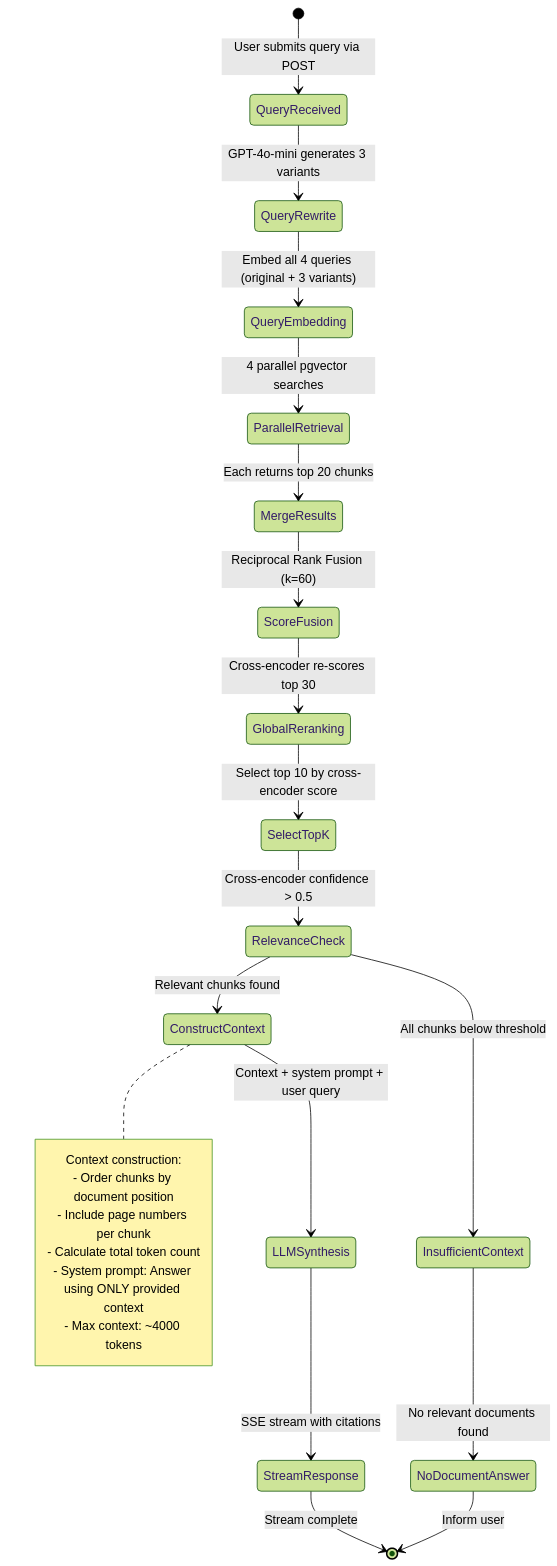
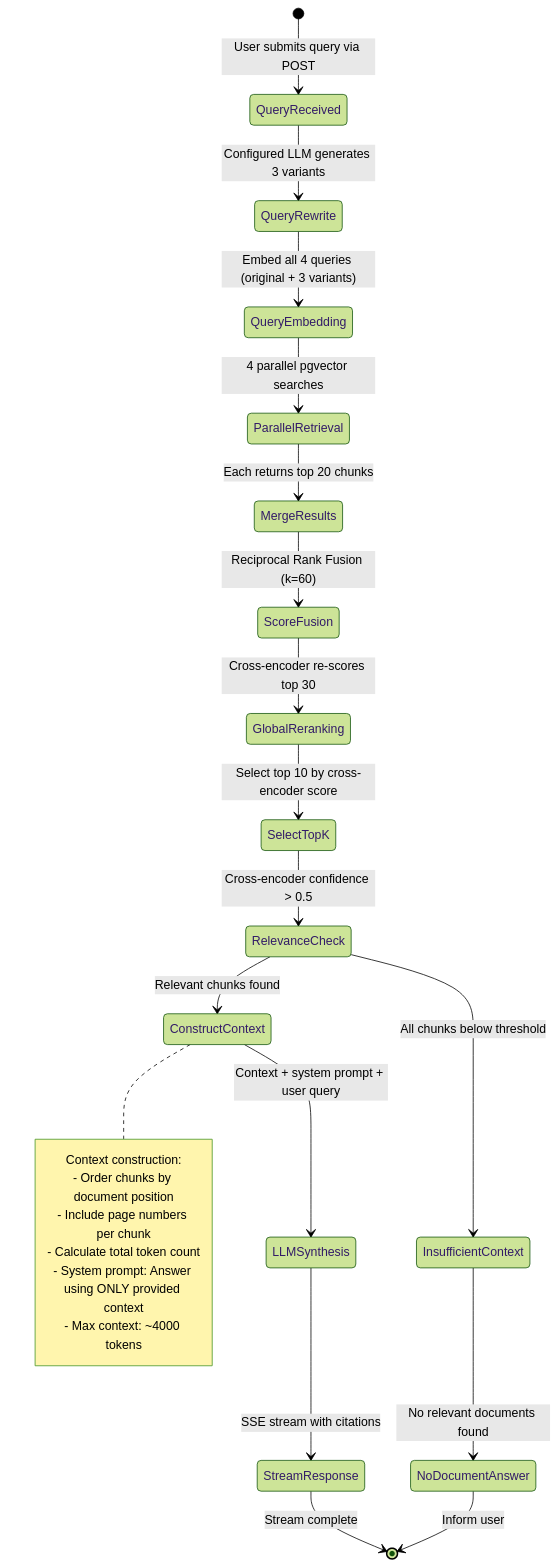
One commit to SudarshanKomar/foliun changed the fourth of 4 diagrams in docs/architecture/system-overview.md. Above: the diagram before and after it, drawn with Mermaid (forest theme). The commit also changed other lines of this file and 35 other files, not shown here.

````diff
--- a/docs/architecture/system-overview.md
+++ b/docs/architecture/system-overview.md
@@ -262,33 +261,33 @@
 ```mermaid
 stateDiagram-v2
     [*] --> QueryReceived: User submits query via POST
-    QueryReceived --> QueryRewrite: GPT-4o-mini generates 3 variants
+    QueryReceived --> QueryRewrite: Configured LLM generates 3 variants
     QueryRewrite --> QueryEmbedding: Embed all 4 queries (original + 3 variants)
     
     QueryEmbedding --> ParallelRetrieval: 4 parallel pgvector searches
     
     ParallelRetrieval --> MergeResults: Each returns top 20 chunks
     MergeResults --> ScoreFusion: Reciprocal Rank Fusion (k=60)
     ScoreFusion --> GlobalReranking: Cross-encoder re-scores top 30
     GlobalReranking --> SelectTopK: Select top 10 by cross-encoder score
     SelectTopK --> RelevanceCheck: Cross-encoder confidence > 0.5
     
     RelevanceCheck --> InsufficientContext: All chunks below threshold
     RelevanceCheck --> ConstructContext: Relevant chunks found
     
     ConstructContext --> LLMSynthesis: Context + system prompt + user query
     LLMSynthesis --> StreamResponse: SSE stream with citations
     StreamResponse --> [*]: Stream complete
     
     InsufficientContext --> NoDocumentAnswer: No relevant documents found
     NoDocumentAnswer --> [*]: Inform user
     
     note right of ConstructContext
         Context construction:
         - Order chunks by document position
         - Include page numbers per chunk
         - Calculate total token count
         - System prompt: Answer using ONLY provided context
         - Max context: ~4000 tokens
     end note
 ```
````
